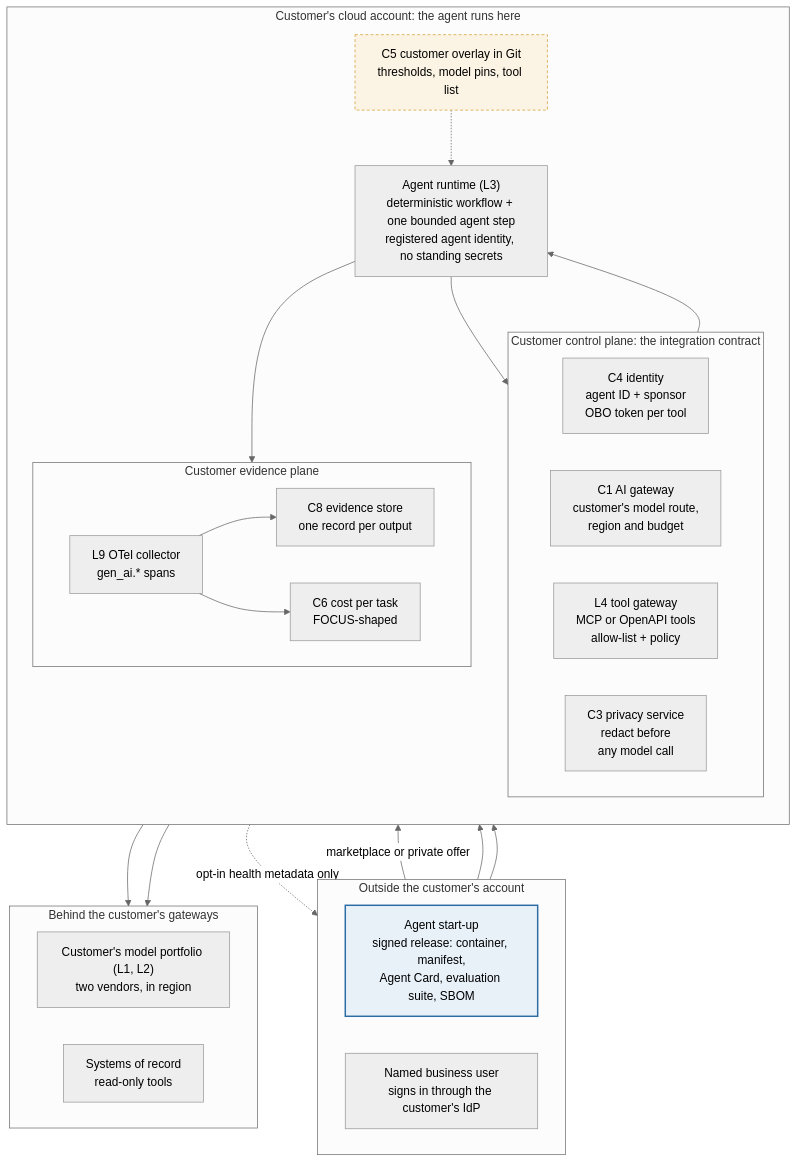
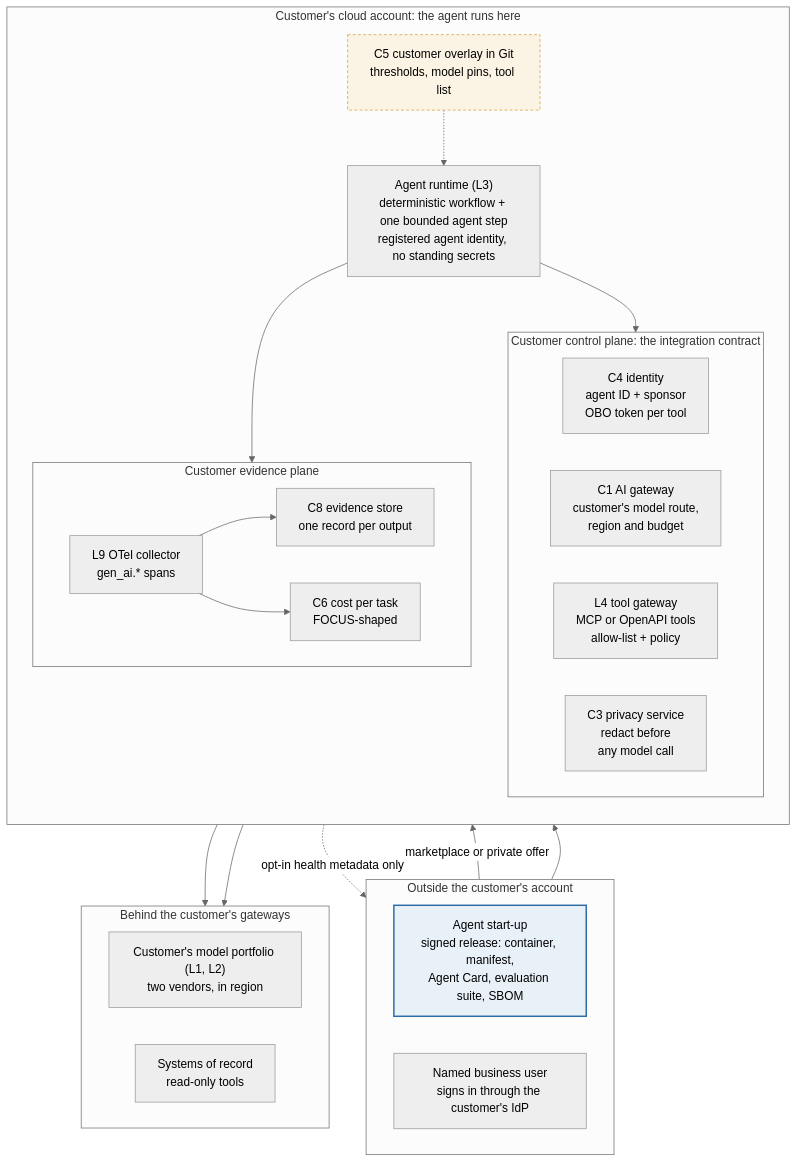
The diagram in Enterprise_GenAI_Stack_Oct2026/08_Graphic/diagrams/AG-1.md (gitzerobegin/genai_stack), drawn with Mermaid (neutral theme) before and after one commit. The commit also changed 6 other files, not shown here.

````diff
--- a/Enterprise_GenAI_Stack_Oct2026/08_Graphic/diagrams/AG-1.md
+++ b/Enterprise_GenAI_Stack_Oct2026/08_Graphic/diagrams/AG-1.md
@@ -4,45 +4,43 @@
 ```mermaid
 flowchart TD
   classDef vendor fill:#E8F0F8,stroke:#2E6DA4,stroke-width:2px;
   classDef note fill:#FBF4E4,stroke:#D4A13A,stroke-dasharray:4 3;
   subgraph OUT["Outside the customer's account"]
     direction LR
     V["Agent start-up<br/>signed release: container, manifest,<br/>Agent Card, evaluation suite, SBOM"]:::vendor
     U["Named business user<br/>signs in through the customer's IdP"]
   end
   subgraph CS["Customer's cloud account: the agent runs here"]
     direction TB
     AG["Agent runtime (L3)<br/>deterministic workflow + one bounded agent step<br/>registered agent identity, no standing secrets"]
     CFG["C5 customer overlay in Git<br/>thresholds, model pins, tool list"]:::note
     subgraph CP["Customer control plane: the integration contract"]
       direction LR
       ID["C4 identity<br/>agent ID + sponsor<br/>OBO token per tool"]
       GW["C1 AI gateway<br/>customer's model route,<br/>region and budget"]
       TG["L4 tool gateway<br/>MCP or OpenAPI tools<br/>allow-list + policy"]
       PR["C3 privacy service<br/>redact before<br/>any model call"]
     end
     subgraph EV["Customer evidence plane"]
       direction LR
       OT["L9 OTel collector<br/>gen_ai.* spans"]
       ES["C8 evidence store<br/>one record per output"]
       FN["C6 cost per task<br/>FOCUS-shaped"]
     end
   end
   subgraph DS["Behind the customer's gateways"]
     direction LR
     M["Customer's model portfolio (L1, L2)<br/>two vendors, in region"]
     SOR["Systems of record<br/>read-only tools"]
   end
-  OUT --> CS
   V -- "marketplace or private offer" --> AG
   U --> ID
   CFG -.-> AG
-  ID --> AG
   AG --> CP
   GW --> M
   TG --> SOR
   AG --> EV
   OT --> ES
   OT --> FN
   AG -. "opt-in health metadata only" .-> V
 ```
````
